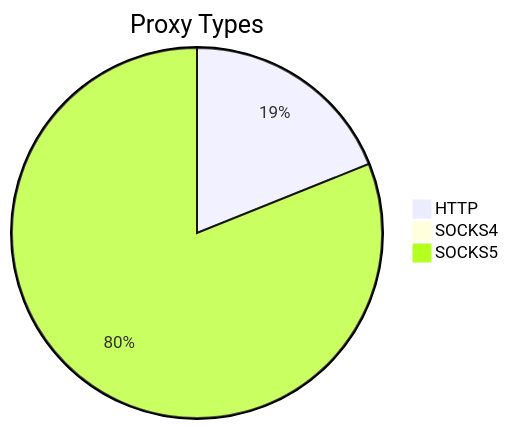
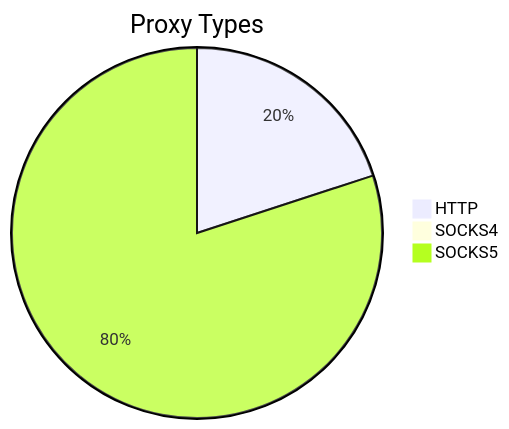
One commit to stormsia/proxy-list changed the first of 2 diagrams in README.md. Above: the diagram before and after it, drawn with Mermaid. The commit also changed other lines of this file, not shown here.

````diff
--- a/README.md
+++ b/README.md
@@ -21,6 +21,6 @@
 ```mermaid
 pie title Proxy Types
-    "HTTP" : 484
-    "SOCKS4" : 25
-    "SOCKS5" : 2074
+    "HTTP" : 717
+    "SOCKS4" : 11
+    "SOCKS5" : 2871
 ```
````
